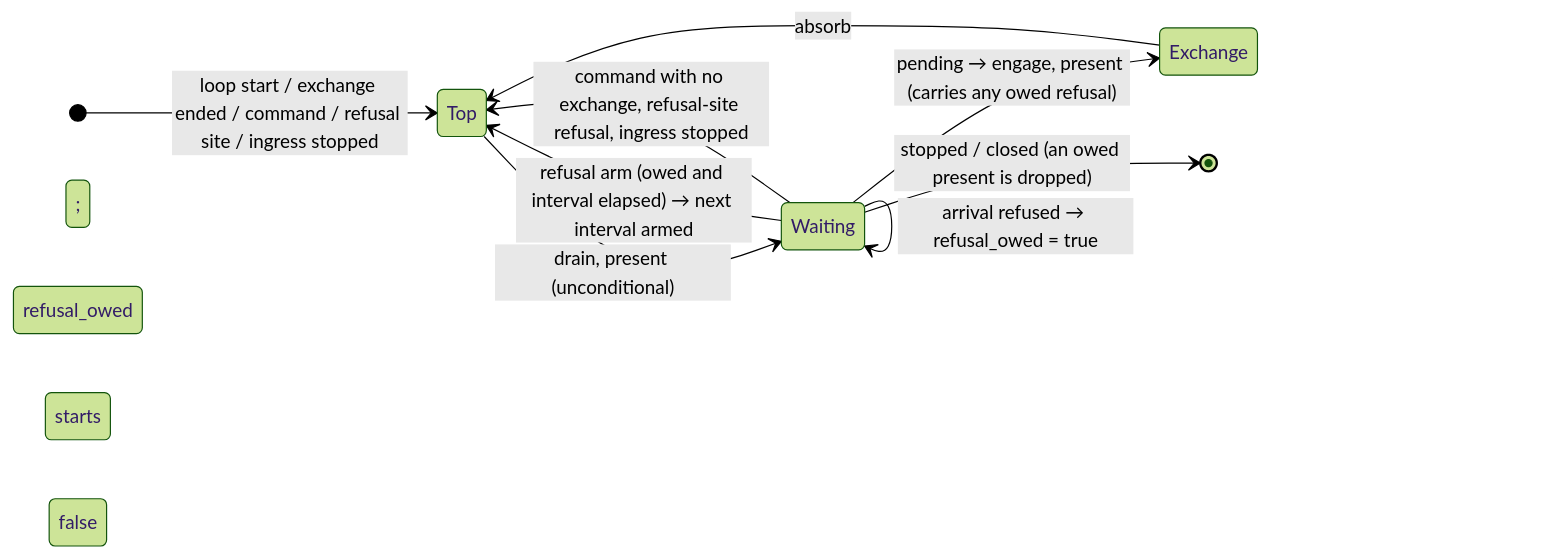
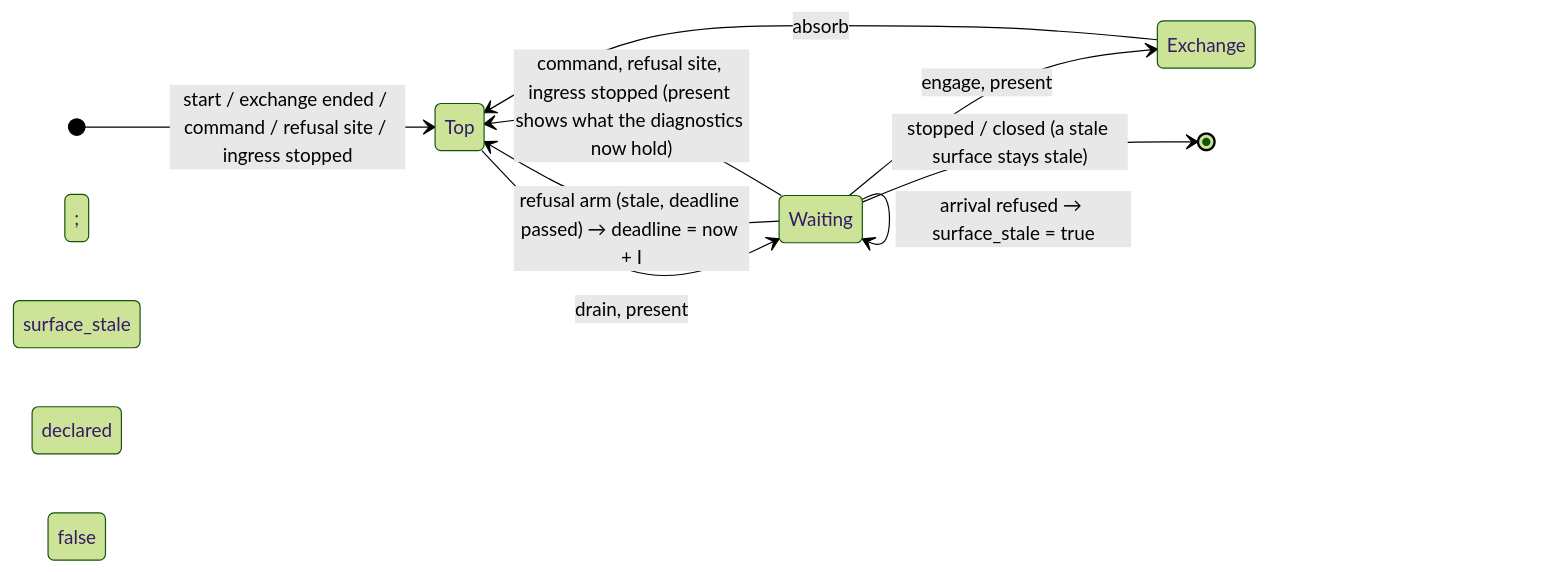
The diagram in docs/slices/011/design.md (davidlee/goad), drawn with Mermaid (forest theme) before and after one commit. The commit also changed other lines of this file and 3 other files, not shown here.

````diff
--- a/docs/slices/011/design.md
+++ b/docs/slices/011/design.md
@@ -88,12 +103,12 @@
 ```mermaid
 stateDiagram-v2
   direction LR
-  [*] --> Top: loop start / exchange ended / command / refusal site / ingress stopped
-  Top --> Waiting: drain, present (unconditional); refusal_owed starts false
-  Waiting --> Waiting: arrival refused → refusal_owed = true
-  Waiting --> Top: refusal arm (owed and interval elapsed) → next interval armed
-  Waiting --> Top: command with no exchange, refusal-site refusal, ingress stopped
-  Waiting --> Exchange: pending → engage, present (carries any owed refusal)
+  [*] --> Top: start / exchange ended / command / refusal site / ingress stopped
+  Top --> Waiting: drain, present; surface_stale declared false
+  Waiting --> Waiting: arrival refused → surface_stale = true
+  Waiting --> Top: refusal arm (stale, deadline passed) → deadline = now + I
+  Waiting --> Top: command, refusal site, ingress stopped (present shows what the diagnostics now hold)
+  Waiting --> Exchange: engage, present
   Exchange --> Top: absorb
-  Waiting --> [*]: stopped / closed (an owed present is dropped)
+  Waiting --> [*]: stopped / closed (a stale surface stays stale)
 ```
````
